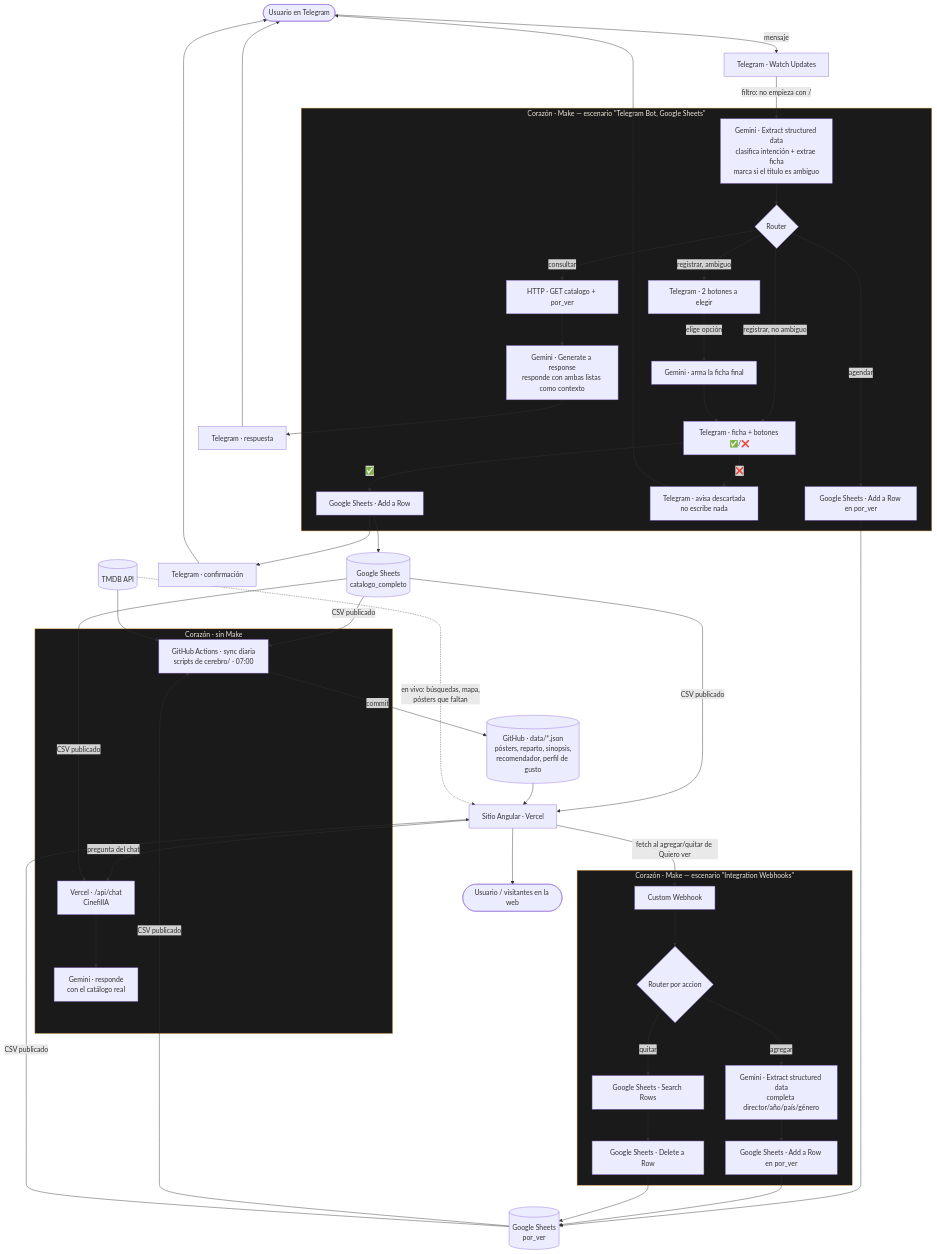
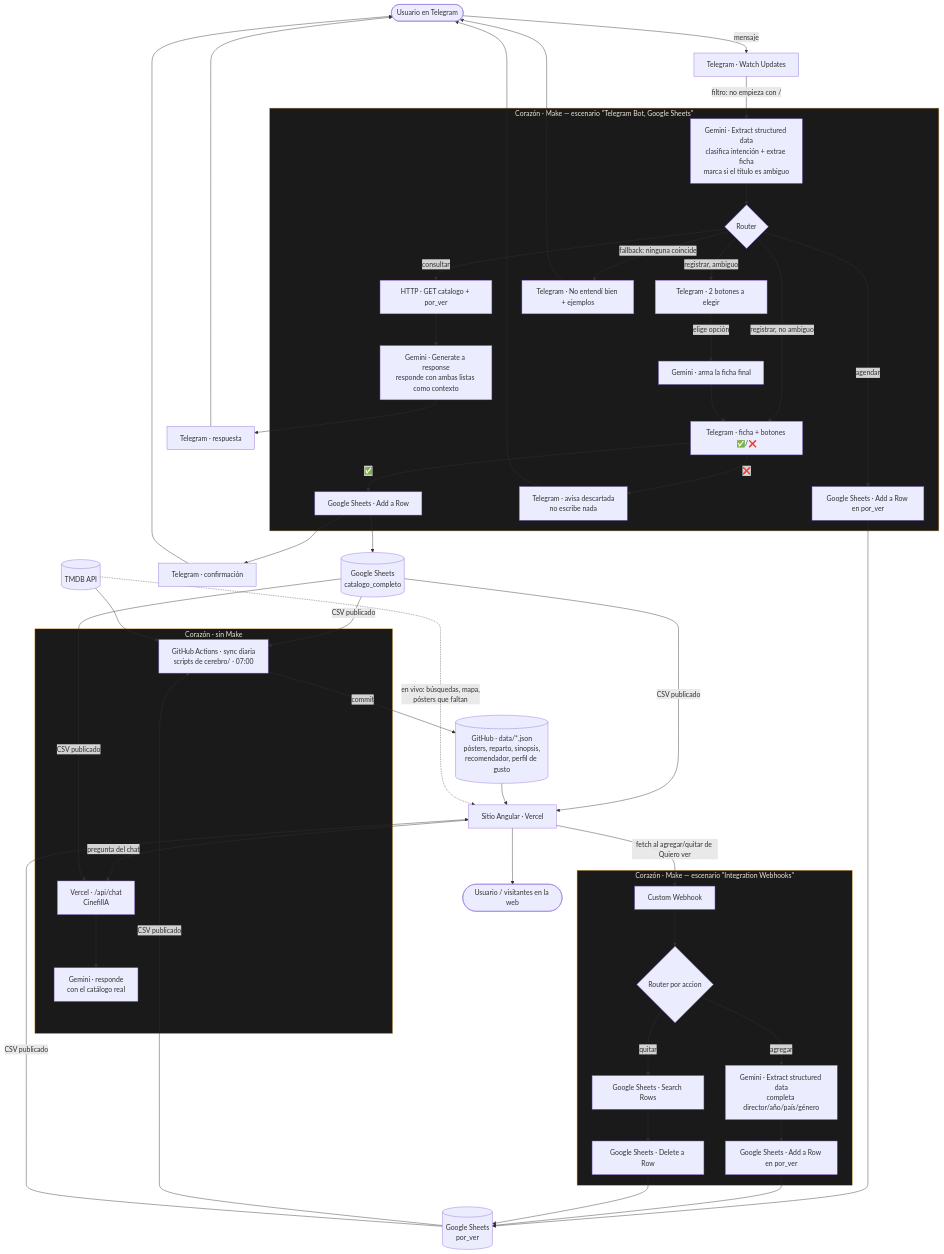
One commit to Arturogrottoli/IA-Automation-Movies changed the diagram in docs/arquitectura.md. Above: the diagram before and after it, drawn with Mermaid. The commit also changed other lines of this file and 4 other files, not shown here.

````diff
--- a/docs/arquitectura.md
+++ b/docs/arquitectura.md
@@ -16,59 +16,61 @@
 ```mermaid
 flowchart TD
     U([Usuario en Telegram]) -->|mensaje| WU[Telegram · Watch Updates]
     WU -->|filtro: no empieza con /| G1
 
     subgraph CORAZON ["Corazón · Make — escenario #quot;Telegram Bot, Google Sheets#quot;"]
       G1[Gemini · Extract structured data<br/>clasifica intención + extrae ficha<br/>marca si el título es ambiguo]
       G1 --> R{Router}
       R -->|registrar, no ambiguo| HITL[Telegram · ficha + botones ✅/❌]
       R -->|registrar, ambiguo| AMB[Telegram · 2 botones a elegir]
       AMB -->|elige opción| G3[Gemini · arma la ficha final] --> HITL
       HITL -->|✅| ADD[Google Sheets · Add a Row]
       HITL -->|❌| DESC[Telegram · avisa descartada<br/>no escribe nada]
       R -->|agendar| ADDPV[Google Sheets · Add a Row en por_ver]
       R -->|consultar| HTTP[HTTP · GET catalogo + por_ver]
       HTTP --> G2[Gemini · Generate a response<br/>responde con ambas listas como contexto]
+      R -->|fallback: ninguna coincide| FB[Telegram · No entendí bien + ejemplos]
     end
 
     subgraph WEBHOOKS ["Corazón · Make — escenario #quot;Integration Webhooks#quot;"]
       WH[Custom Webhook] --> R2{Router por accion}
       R2 -->|agregar| G4[Gemini · Extract structured data<br/>completa director/año/país/género] --> ADD2[Google Sheets · Add a Row en por_ver]
       R2 -->|quitar| SR[Google Sheets · Search Rows] --> DEL[Google Sheets · Delete a Row]
     end
 
     subgraph SINMAKE ["Corazón · sin Make"]
       GH[GitHub Actions · sync diaria<br/>scripts de cerebro/ · 07:00]
       API[Vercel · /api/chat<br/>CinefilIA]
       API --> G5[Gemini · responde<br/>con el catálogo real]
     end
 
     ADD --> S[(Google Sheets<br/>catalogo_completo)]
     ADDPV --> PV[(Google Sheets<br/>por_ver)]
     ADD2 --> PV
     DEL --> PV
     ADD --> C1[Telegram · confirmación]
     G2 --> C2[Telegram · respuesta]
 
     S -->|CSV publicado| GH
     PV -->|CSV publicado| GH
     TMDB[(TMDB API)] --> GH
     GH -->|commit| DATA[(GitHub · data/*.json<br/>pósters, reparto, sinopsis,<br/>recomendador, perfil de gusto)]
 
     S -->|CSV publicado| WEB[Sitio Angular · Vercel]
     PV -->|CSV publicado| WEB
     DATA --> WEB
     TMDB -.->|en vivo: búsquedas, mapa,<br/>pósters que faltan| WEB
     WEB -->|fetch al agregar/quitar de Quiero ver| WH
     WEB -->|pregunta del chat| API
     S -->|CSV publicado| API
 
     C1 --> U
     C2 --> U
     DESC --> U
+    FB --> U
     WEB --> U2([Usuario / visitantes en la web])
 
     style CORAZON fill:#1a1a1a,stroke:#e6a94a,color:#ece6da
     style WEBHOOKS fill:#1a1a1a,stroke:#e6a94a,color:#ece6da
     style SINMAKE fill:#1a1a1a,stroke:#e6a94a,color:#ece6da
 ```
````
